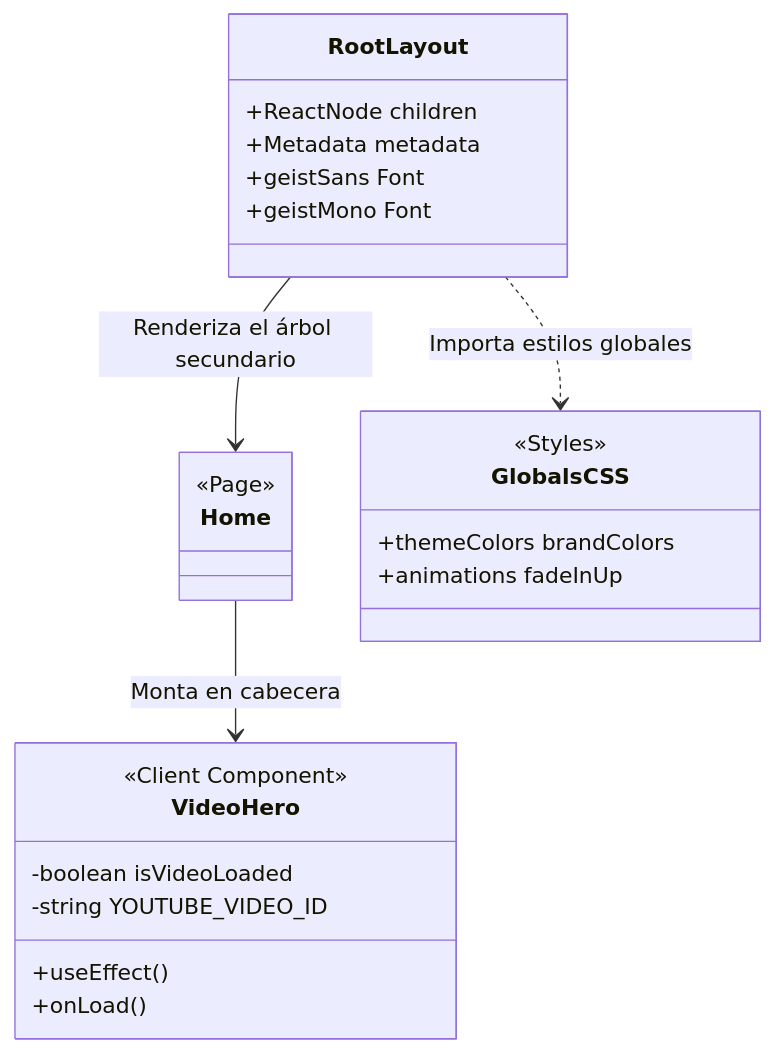
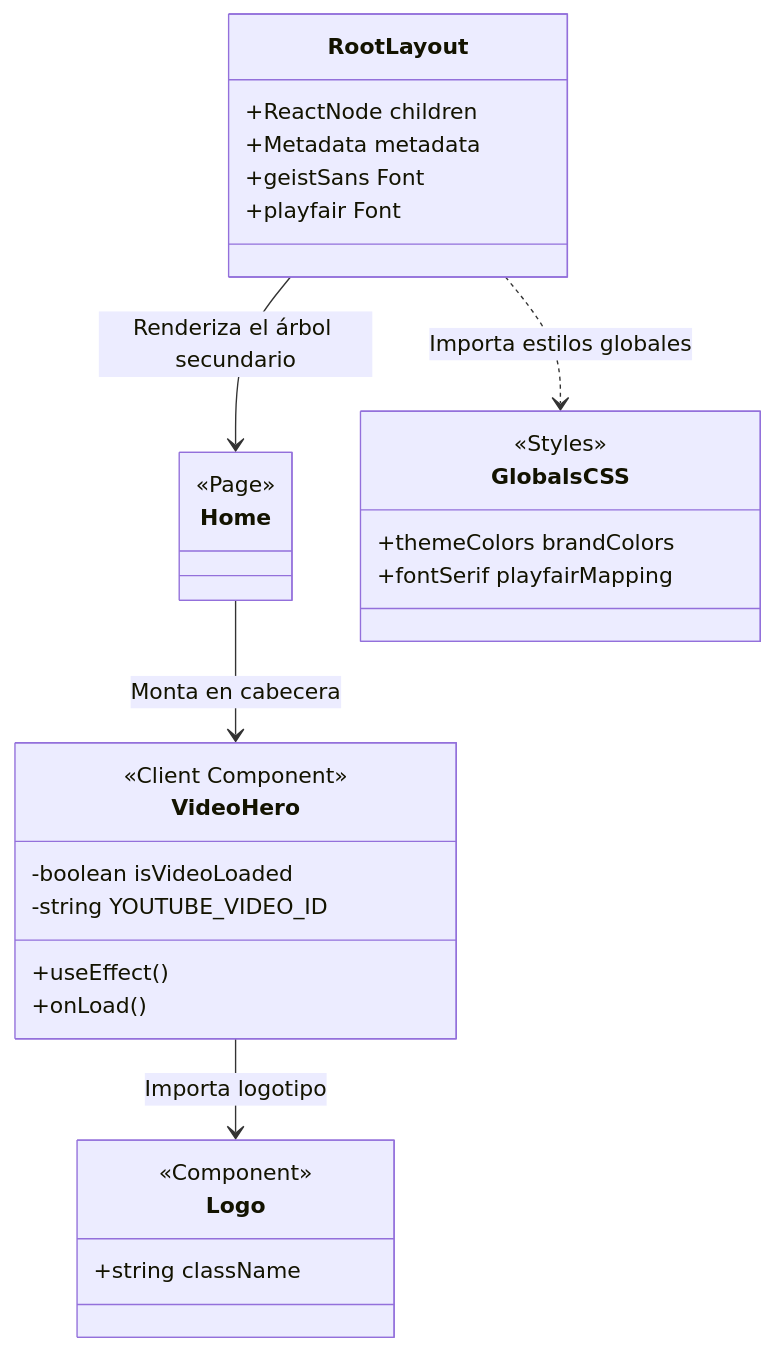
Before and after one commit to gabrielnino/blueberryblessings: the first of 2 diagrams in blueberryblessings/docs/02_guia_arquitectonica.md, drawn with Mermaid. The commit also changed other lines of this file and 11 other files, not shown here.

````diff
--- a/blueberryblessings/docs/02_guia_arquitectonica.md
+++ b/blueberryblessings/docs/02_guia_arquitectonica.md
@@ -58,28 +66,33 @@
 ```mermaid
 classDiagram
     class RootLayout {
         +ReactNode children
         +Metadata metadata
         +geistSans Font
-        +geistMono Font
+        +playfair Font
     }
     class Home {
         <<Page>>
     }
     class VideoHero {
         <<Client Component>>
         -boolean isVideoLoaded
         -string YOUTUBE_VIDEO_ID
         +useEffect()
         +onLoad()
     }
+    class Logo {
+        <<Component>>
+        +string className
+    }
     class GlobalsCSS {
         <<Styles>>
         +themeColors brandColors
-        +animations fadeInUp
+        +fontSerif playfairMapping
     }
     
     RootLayout ..> GlobalsCSS : Importa estilos globales
     RootLayout --> Home : Renderiza el árbol secundario
     Home --> VideoHero : Monta en cabecera
+    VideoHero --> Logo : Importa logotipo
 ```
````
